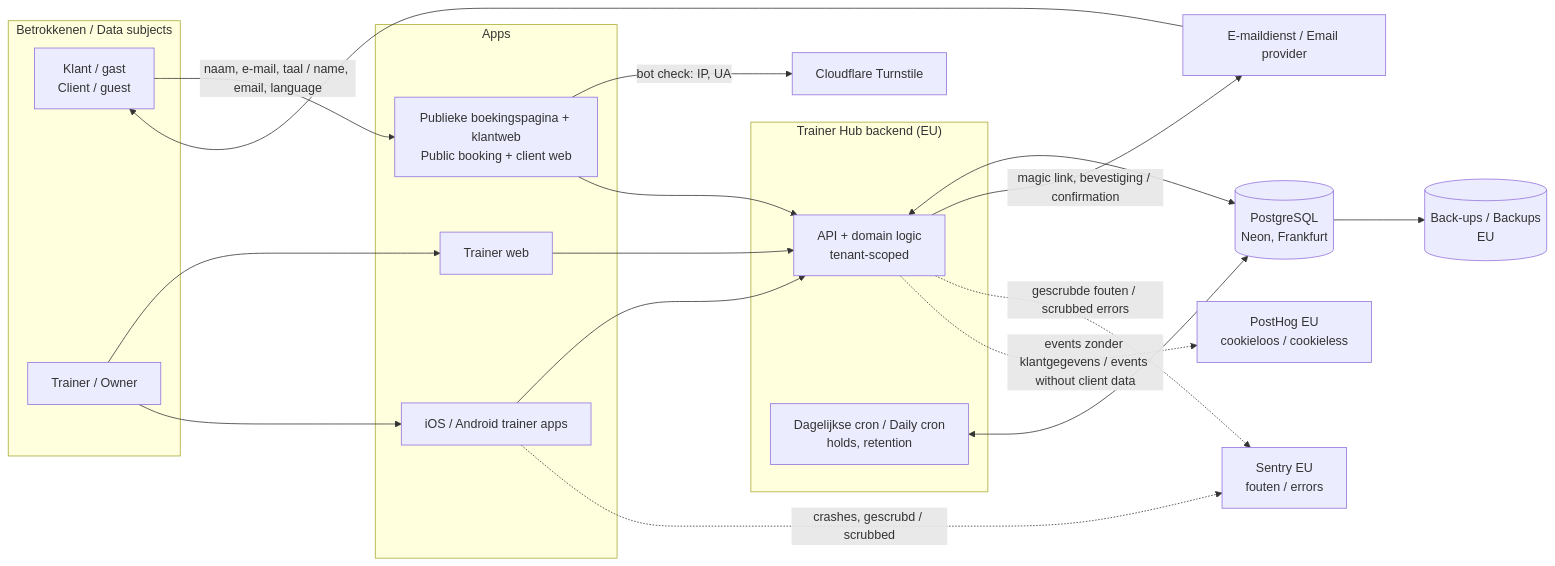
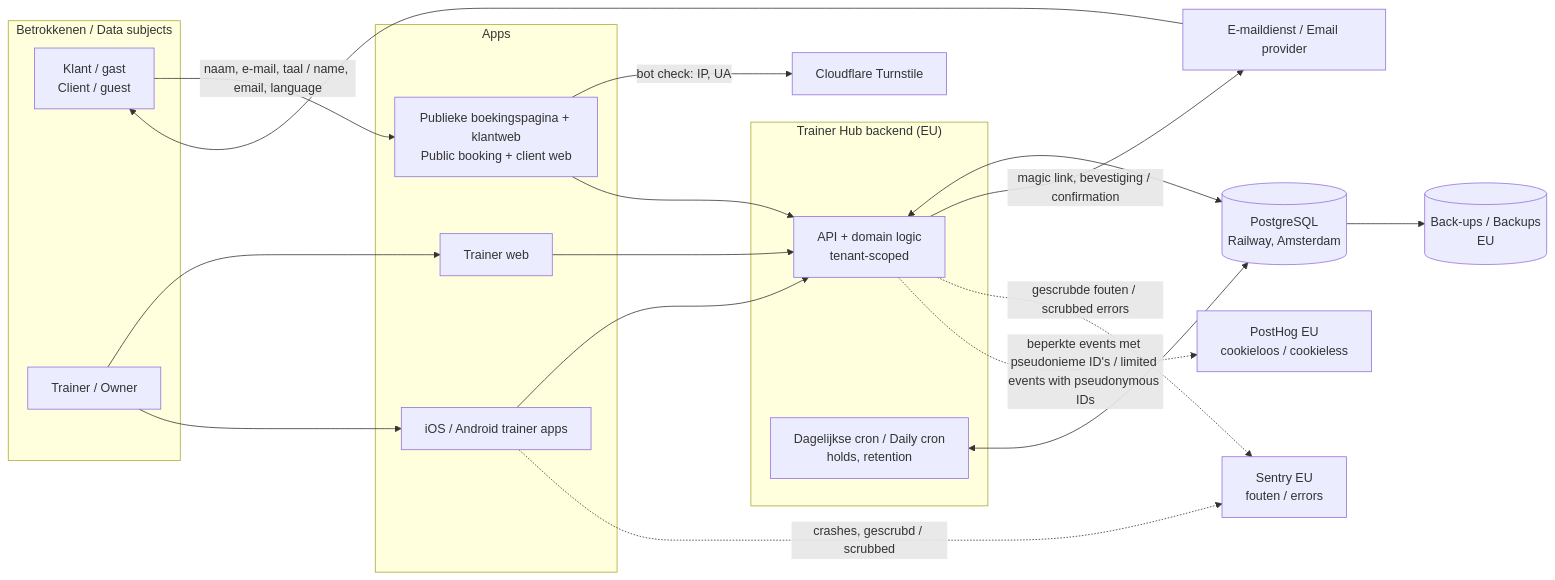
Before and after one commit to fivvi-app/fivvi: the diagram in docs/legal/role-mapping.md, drawn with Mermaid. The commit also changed other lines of this file and 13 other files, not shown here.

````diff
--- a/docs/legal/role-mapping.md
+++ b/docs/legal/role-mapping.md
@@ -96,38 +96,38 @@
 ```mermaid
 flowchart LR
   subgraph People["Betrokkenen / Data subjects"]
     C[Klant / gast<br/>Client / guest]
     T[Trainer / Owner]
   end
 
   subgraph Clients["Apps"]
     PB[Publieke boekingspagina + klantweb<br/>Public booking + client web]
     TW[Trainer web]
     NA[iOS / Android trainer apps]
   end
 
   subgraph Platform["Trainer Hub backend (EU)"]
     API[API + domain logic<br/>tenant-scoped]
     CRON[Dagelijkse cron / Daily cron<br/>holds, retention]
   end
 
-  DB[(PostgreSQL<br/>Neon, Frankfurt)]
+  DB[(PostgreSQL<br/>Railway, Amsterdam)]
   BK[(Back-ups / Backups<br/>EU)]
   MAIL[E-maildienst / Email provider]
   TS[Cloudflare Turnstile]
   SEN[Sentry EU<br/>fouten / errors]
   PH[PostHog EU<br/>cookieloos / cookieless]
 
   C -->|naam, e-mail, taal / name, email, language| PB
   PB -->|bot check: IP, UA| TS
   PB --> API
   T --> TW --> API
   T --> NA --> API
   API <--> DB
   CRON <--> DB
   DB --> BK
   API -->|magic link, bevestiging / confirmation| MAIL --> C
   API -.->|gescrubde fouten / scrubbed errors| SEN
   NA -.->|crashes, gescrubd / scrubbed| SEN
-  API -.->|events zonder klantgegevens / events without client data| PH
+  API -.->|beperkte events met pseudonieme ID's / limited events with pseudonymous IDs| PH
 ```
````
